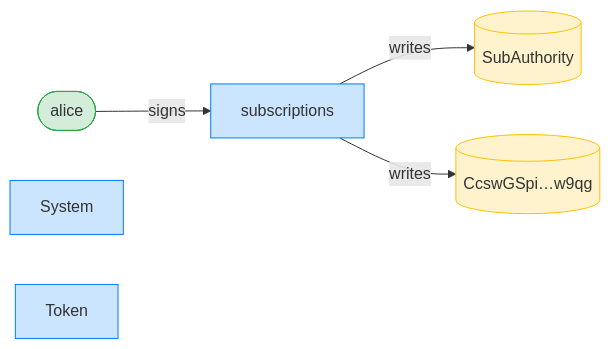
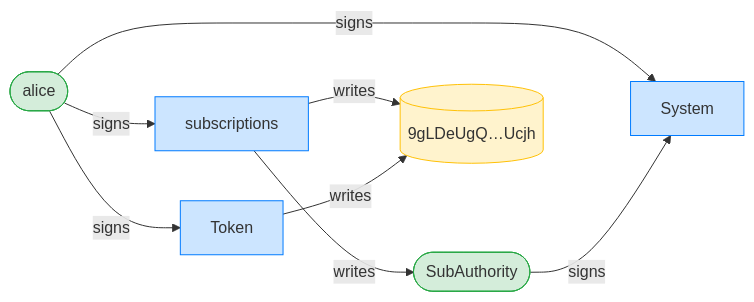
Before and after one commit to cds-rs/subscriptions: the third of 16 diagrams in dsl_tests/a-sponsor-cannot-revoke-with-the-wrong-plan-pda.md, drawn with Mermaid. The commit also changed other lines of this file and 224 other files, not shown here.

````diff
--- a/dsl_tests/a-sponsor-cannot-revoke-with-the-wrong-plan-pda.md
+++ b/dsl_tests/a-sponsor-cannot-revoke-with-the-wrong-plan-pda.md
@@ -55,15 +56,19 @@
 ```mermaid
 flowchart LR
     classDef signer fill:#d4edda,stroke:#28a745;
     classDef program fill:#cce5ff,stroke:#007bff;
     classDef writable fill:#fff3cd,stroke:#ffc107;
     subscriptions[subscriptions]:::program
     alice([alice]):::signer
-    SubAuthority[(SubAuthority)]:::writable
-    CcswGSpi_w9qg[("CcswGSpi…w9qg")]:::writable
+    SubAuthority([SubAuthority]):::signer
+    9gLDeUgQ_Ucjh[("9gLDeUgQ…Ucjh")]:::writable
     System[System]:::program
     Token[Token]:::program
     alice -->|signs| subscriptions
+    alice -->|signs| System
+    SubAuthority -->|signs| System
+    alice -->|signs| Token
     subscriptions -->|writes| SubAuthority
-    subscriptions -->|writes| CcswGSpi_w9qg
+    subscriptions -->|writes| 9gLDeUgQ_Ucjh
+    Token -->|writes| 9gLDeUgQ_Ucjh
 ```
````
